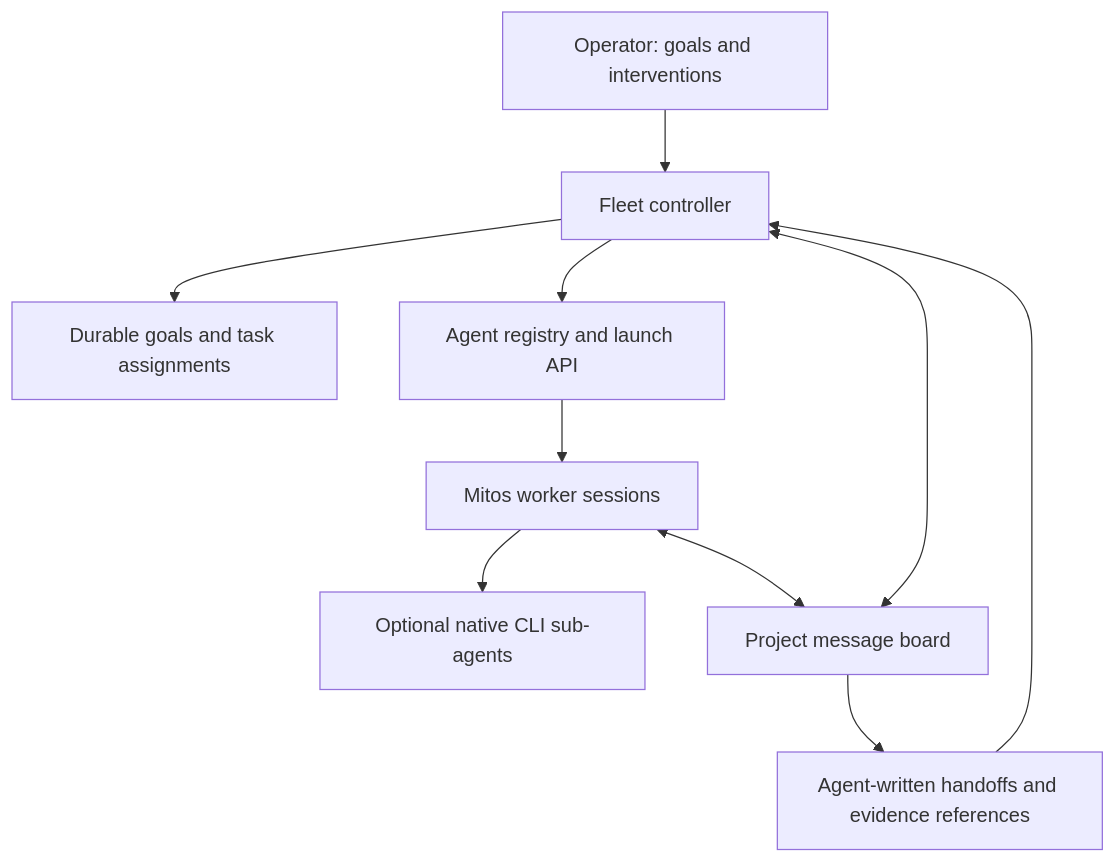
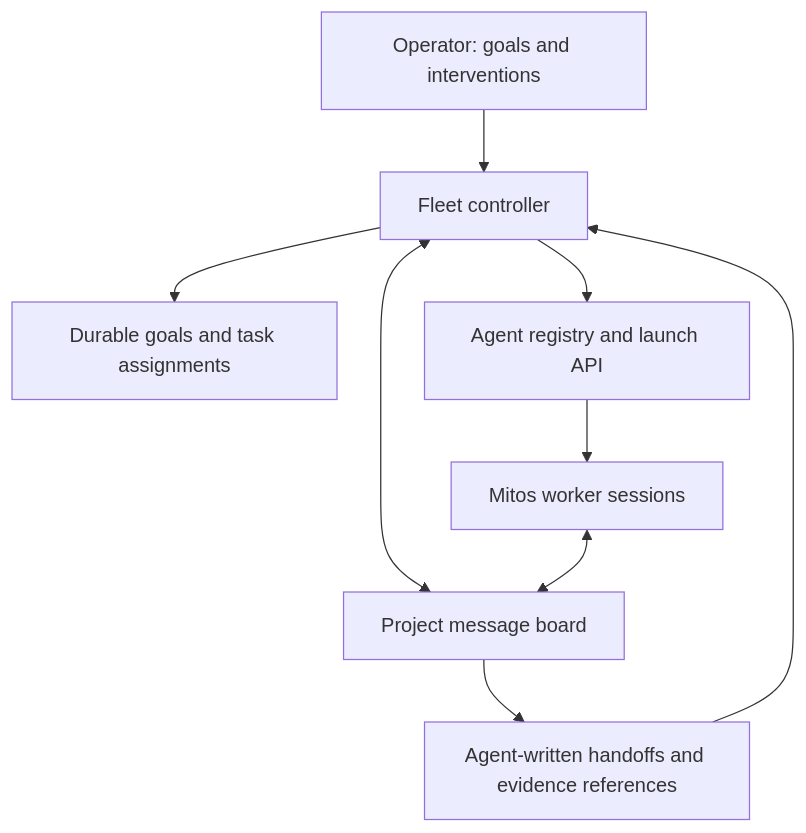
One commit to sig-id/mitos changed the diagram in docs/AGENT_CLI_ABSTRACTION.md. Above: the diagram before and after it, drawn with Mermaid. The commit also changed other lines of this file and 59 other files, not shown here.

````diff
--- a/docs/AGENT_CLI_ABSTRACTION.md
+++ b/docs/AGENT_CLI_ABSTRACTION.md
@@ -113,12 +120,11 @@
 ```mermaid
 flowchart TD
   U[Operator: goals and interventions] --> C[Fleet controller]
   C --> G[Durable goals and task assignments]
   C --> L[Agent registry and launch API]
   L --> W[Mitos worker sessions]
-  W --> N[Optional native CLI sub-agents]
   C <--> B[Project message board]
   W <--> B
   B --> H[Agent-written handoffs and evidence references]
   H --> C
 ```
````
